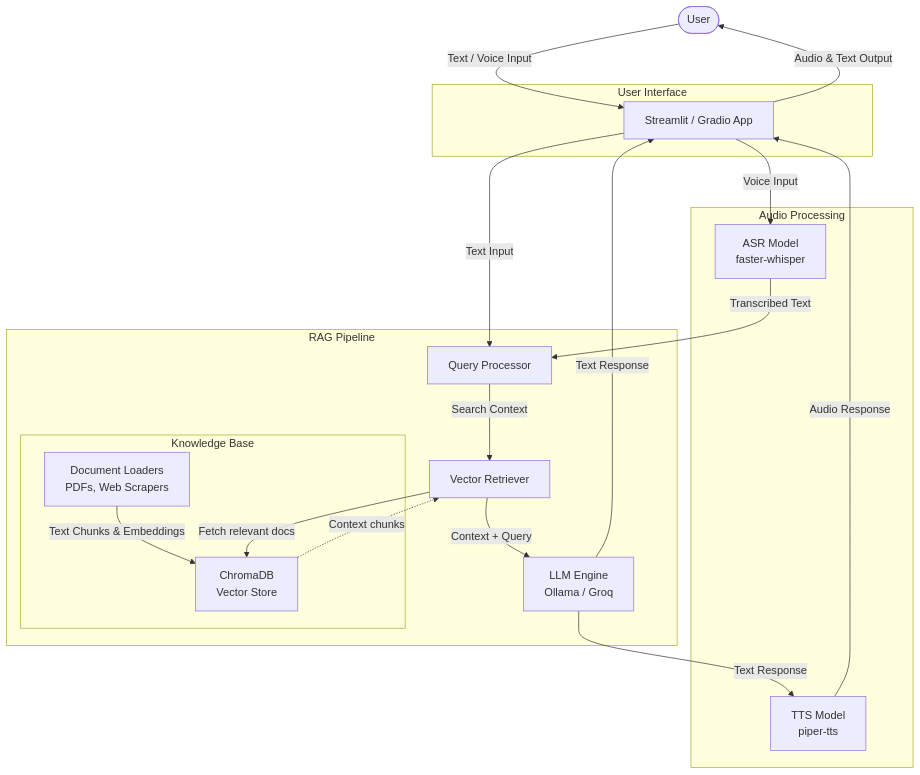
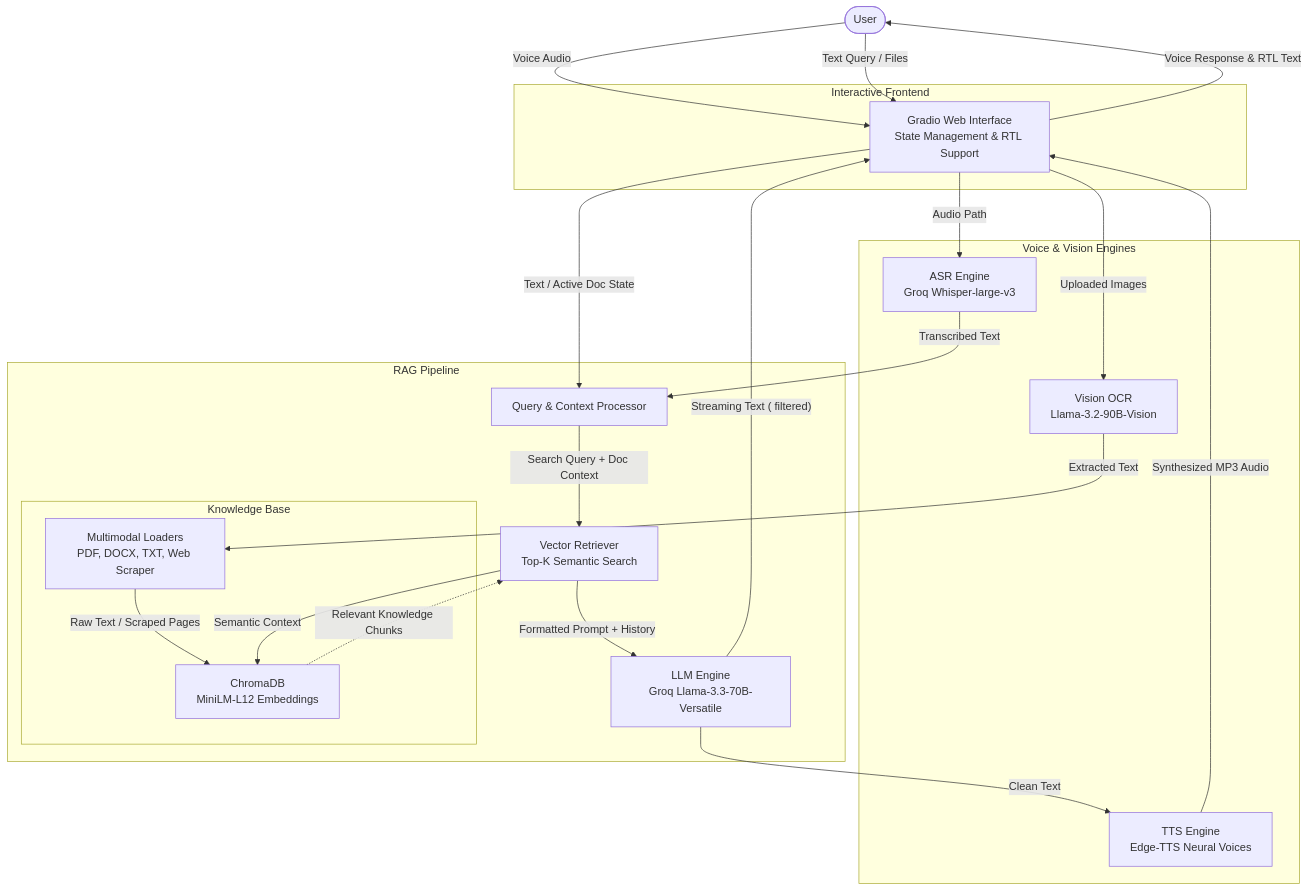
One commit to MalakHisham121/TelecomEgypt_intelligent-assistant changed the diagram in README.md. Above: the diagram before and after it, drawn with Mermaid. The commit also changed other lines of this file, not shown here.

````diff
--- a/README.md
+++ b/README.md
@@ -12,45 +15,50 @@
 ```mermaid
 graph TD
     User([User])
     
-    subgraph UI [User Interface]
-        App[Streamlit / Gradio App]
+    subgraph UI [Interactive Frontend]
+        App[Gradio Web Interface<br/>State Management & RTL Support]
     end
     
-    subgraph Audio Processing
-        ASR[ASR Model<br/>faster-whisper]
-        TTS[TTS Model<br/>piper-tts]
+    subgraph Voice & Vision Engines
+        ASR[ASR Engine<br/>Groq Whisper-large-v3]
+        TTS[TTS Engine<br/>Edge-TTS Neural Voices]
+        OCR[Vision OCR<br/>Llama-3.2-90B-Vision]
     end
     
     subgraph RAG Pipeline
-        Query[Query Processor]
-        LLM[LLM Engine<br/>Ollama / Groq]
-        Retriever[Vector Retriever]
+        Query[Query & Context Processor]
+        LLM[LLM Engine<br/>Groq Llama-3.3-70B-Versatile]
+        Retriever[Vector Retriever<br/>Top-K Semantic Search]
         
         subgraph Knowledge Base
-            DocLoader[Document Loaders<br/>PDFs, Web Scrapers]
-            Chroma[ChromaDB<br/>Vector Store]
+            DocLoader[Multimodal Loaders<br/>PDF, DOCX, TXT, Web Scraper]
+            Chroma[ChromaDB<br/>MiniLM-L12 Embeddings]
         end
     end
 
-    %% Flow
-    User -- "Text / Voice Input" --> App
-    App -- "Voice Input" --> ASR
+    %% Input Flow
+    User -- "Voice Audio" --> App
+    User -- "Text Query / Files" --> App
+    App -- "Audio Path" --> ASR
     ASR -- "Transcribed Text" --> Query
-    App -- "Text Input" --> Query
+    App -- "Text / Active Doc State" --> Query
     
-    %% Knowledge Base Ingestion
-    DocLoader -- "Text Chunks & Embeddings" --> Chroma
+    %% Ingestion Flow
+    DocLoader -- "Raw Text / Scraped Pages" --> Chroma
+    App -- "Uploaded Images" --> OCR
+    OCR -- "Extracted Text" --> DocLoader
     
     %% Retrieval & Generation
-    Query -- "Search Context" --> Retriever
-    Retriever -- "Fetch relevant docs" --> Chroma
-    Chroma -. "Context chunks" .-> Retriever
-    Retriever -- "Context + Query" --> LLM
+    Query -- "Search Query + Doc Context" --> Retriever
+    Retriever -- "Semantic Context" --> Chroma
+    Chroma -. "Relevant Knowledge Chunks" .-> Retriever
+    Retriever -- "Formatted Prompt + History" --> LLM
     
-    %% Output
-    LLM -- "Text Response" --> App
-    LLM -- "Text Response" --> TTS
-    TTS -- "Audio Response" --> App
-    App -- "Audio & Text Output" --> User
+    %% Output Flow
+    LLM -- "Streaming Text (<think> filtered)" --> App
+    LLM -- "Clean Text" --> TTS
+    TTS -- "Synthesized MP3 Audio" --> App
+    App -- "Voice Response & RTL Text" --> User
+
 ```
````
